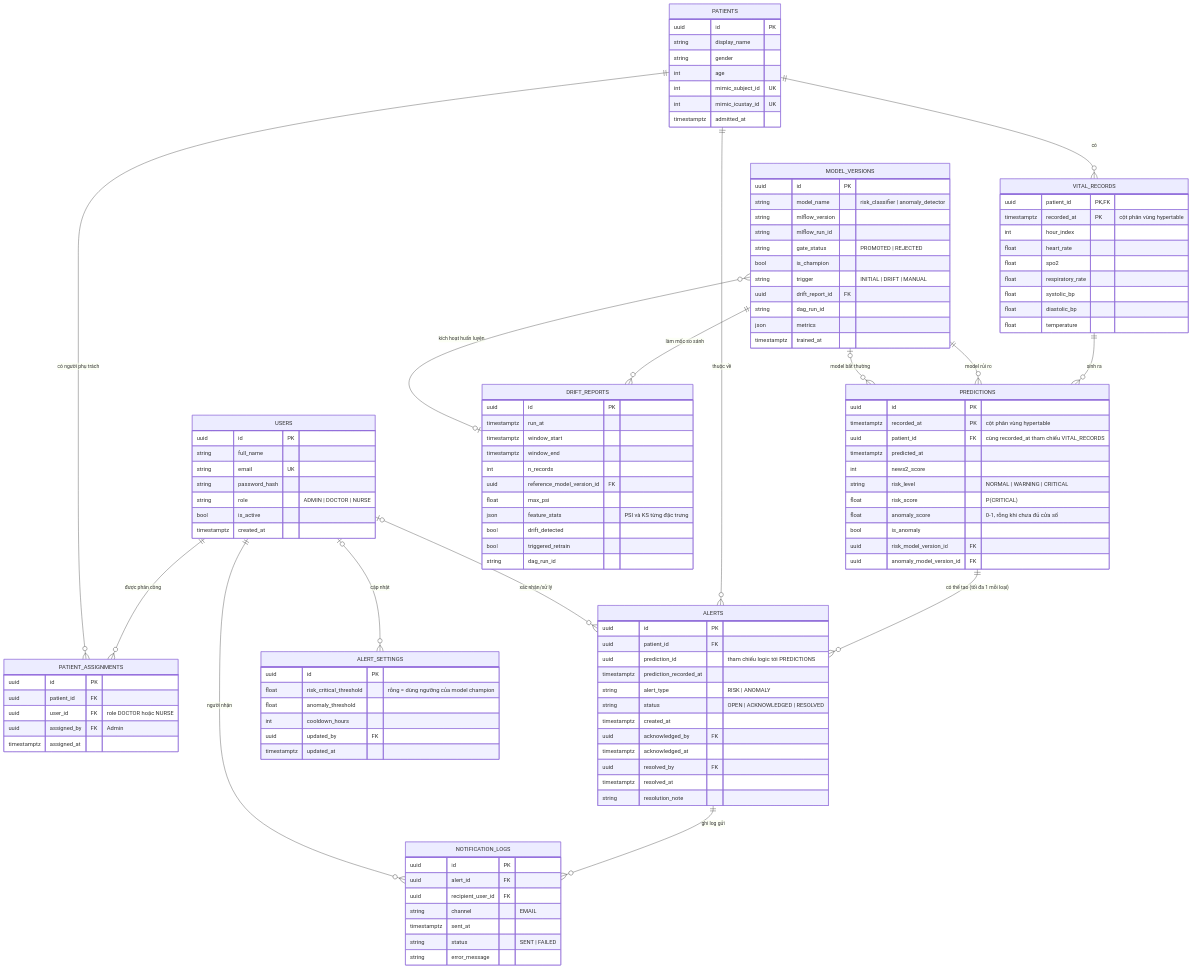
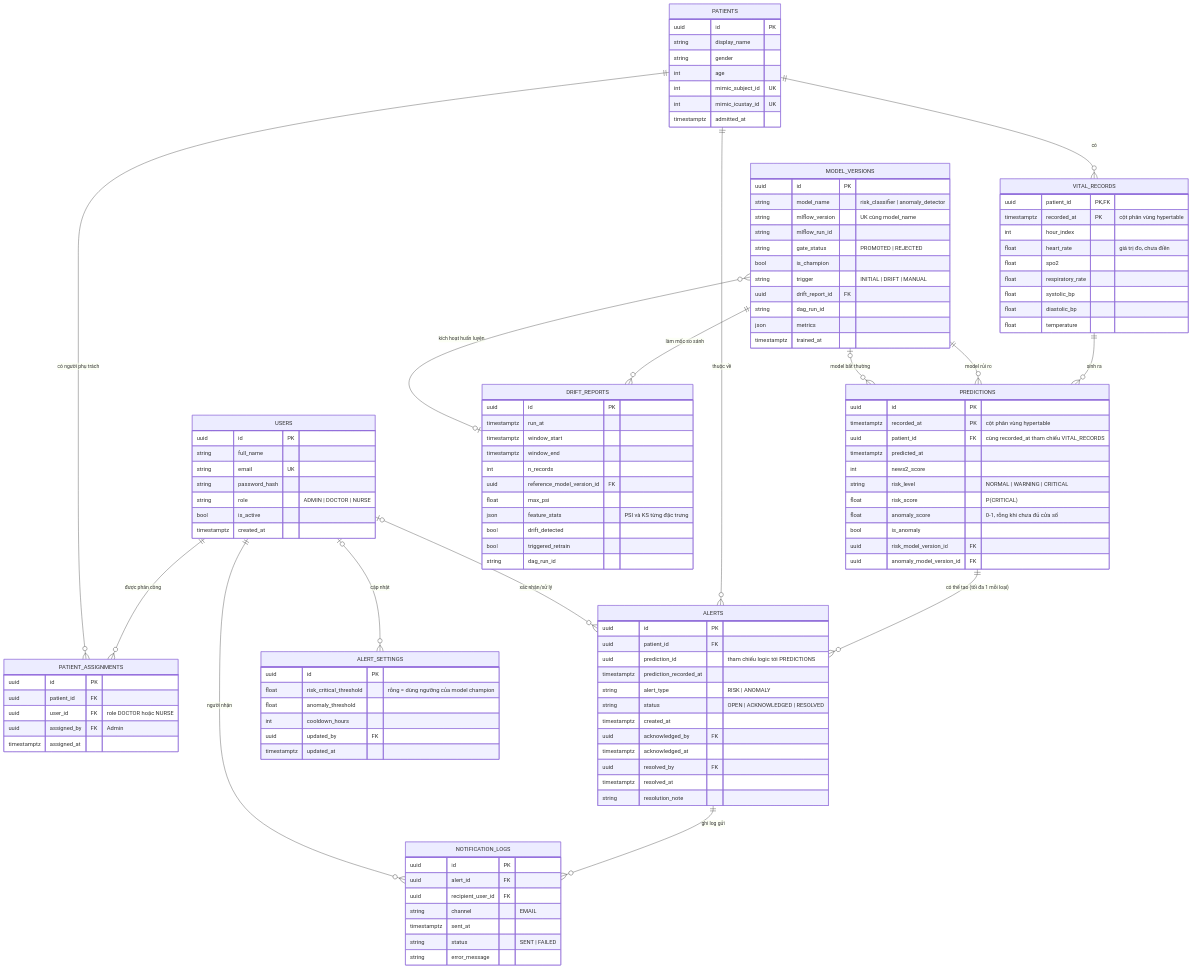
One commit to MinhNguyen1007/Remote-patient-monitoring-system-using-Streaming-MLOps changed the diagram in docs/design/02_7_erd.md. Above: the diagram before and after it, drawn with Mermaid. The commit also changed other lines of this file and 38 other files, not shown here.

First line of the commit message:
feat: Giai đoạn D - streaming Kafka producer/consumer và schema DB

```diff
--- a/docs/design/02_7_erd.md
+++ b/docs/design/02_7_erd.md
@@ -49,7 +49,7 @@
         uuid patient_id PK, FK
         timestamptz recorded_at PK "cột phân vùng hypertable"
         int hour_index
-        float heart_rate
+        float heart_rate "giá trị đo, chưa điền"
         float spo2
         float respiratory_rate
         float systolic_bp
@@ -108,7 +108,7 @@
     MODEL_VERSIONS {
         uuid id PK
         string model_name "risk_classifier | anomaly_detector"
-        string mlflow_version
+        string mlflow_version "UK cùng model_name"
         string mlflow_run_id
         string gate_status "PROMOTED | REJECTED"
         bool is_champion
```
